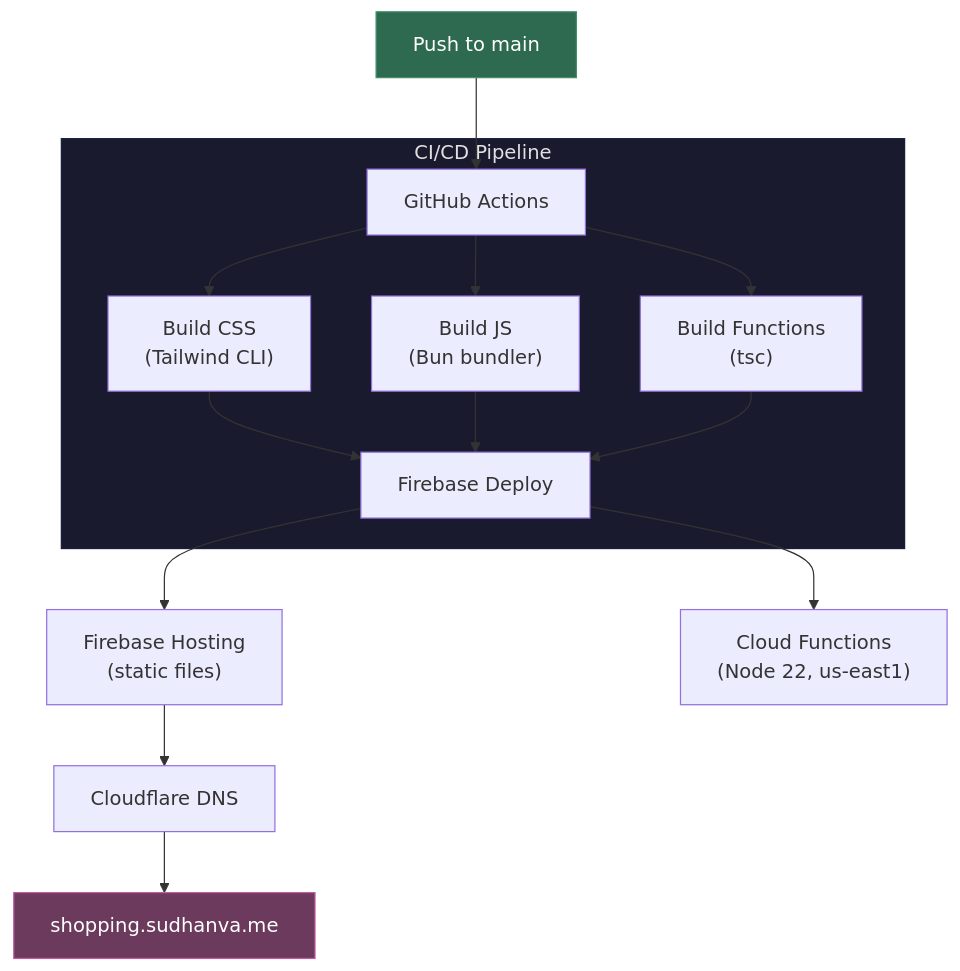
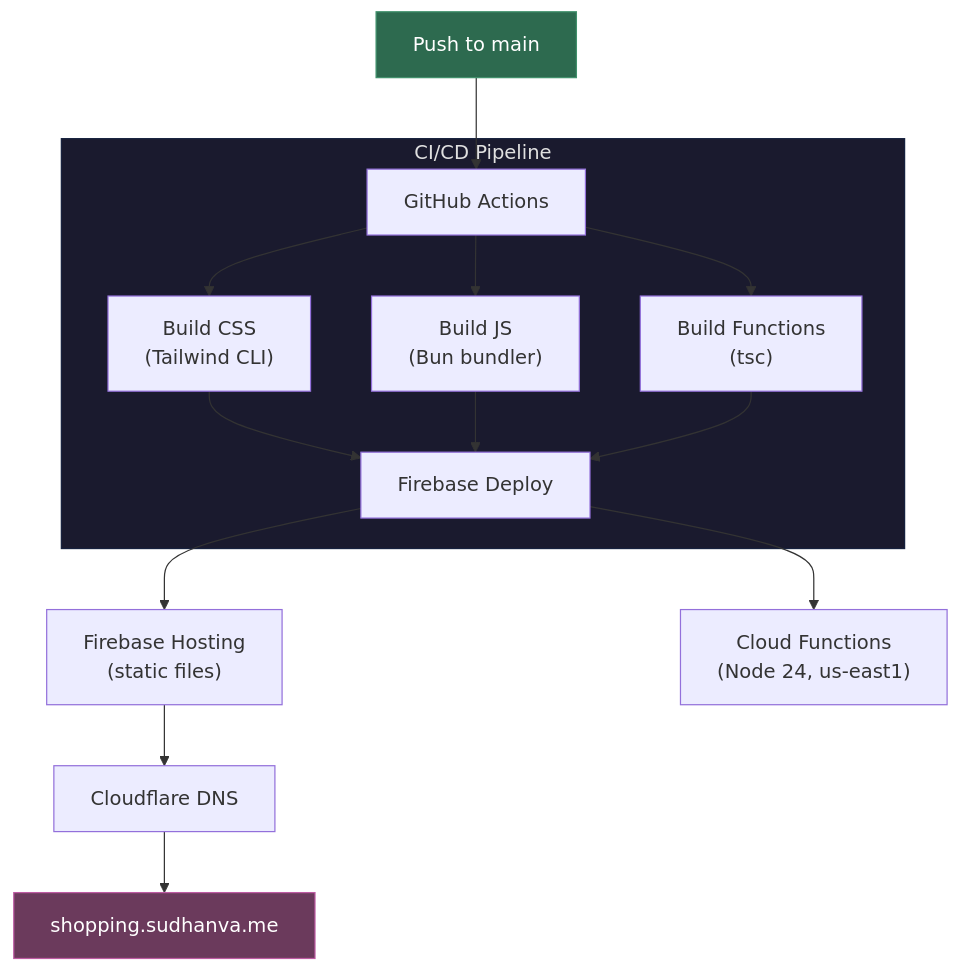
Before and after one commit to nsudhanva/shopping: the sixth of 7 diagrams in README.md, drawn with Mermaid. The commit also changed other lines of this file and 17 other files, not shown here.

````diff
--- a/README.md
+++ b/README.md
@@ -186,23 +186,23 @@
 ```mermaid
 flowchart TB
     Push["Push to main"] --> GHA["GitHub Actions"]
 
     subgraph Pipeline["CI/CD Pipeline"]
         GHA --> BuildCSS["Build CSS<br/>(Tailwind CLI)"]
         GHA --> BuildJS["Build JS<br/>(Bun bundler)"]
         GHA --> BuildFn["Build Functions<br/>(tsc)"]
         BuildCSS --> Deploy
         BuildJS --> Deploy
         BuildFn --> Deploy
     end
 
     Deploy["Firebase Deploy"] --> Hosting["Firebase Hosting<br/>(static files)"]
-    Deploy --> Functions["Cloud Functions<br/>(Node 22, us-east1)"]
+    Deploy --> Functions["Cloud Functions<br/>(Node 24, us-east1)"]
 
     Hosting --> CF["Cloudflare DNS"]
     CF --> Domain["shopping.sudhanva.me"]
 
     style Push fill:#2d6a4f,stroke:#40916c,color:#fff
     style Pipeline fill:#1a1a2e,stroke:#16213e,color:#e0e0e0
     style Domain fill:#6b3a5c,stroke:#be5ba3,color:#fff
 ```
````
